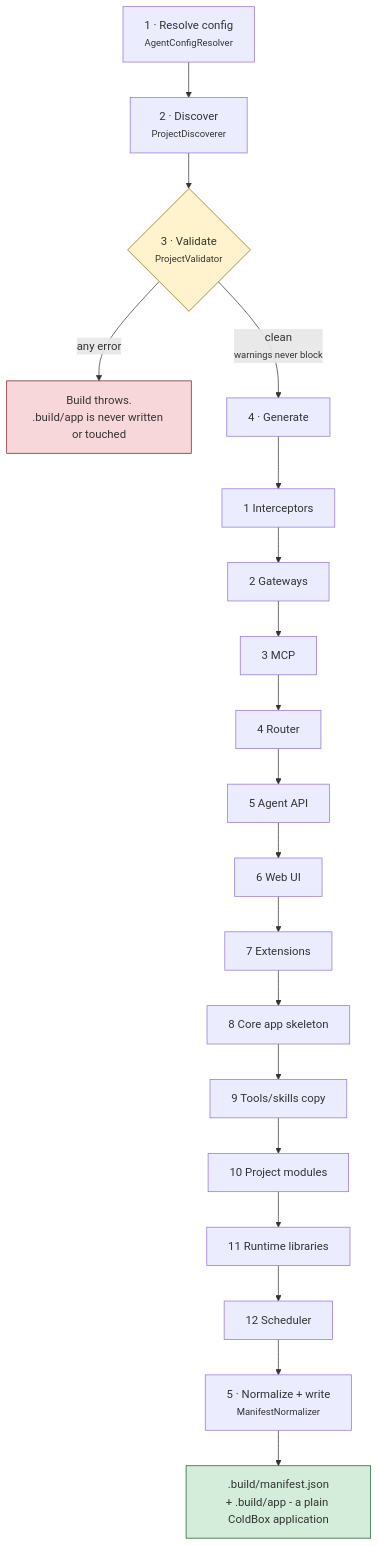
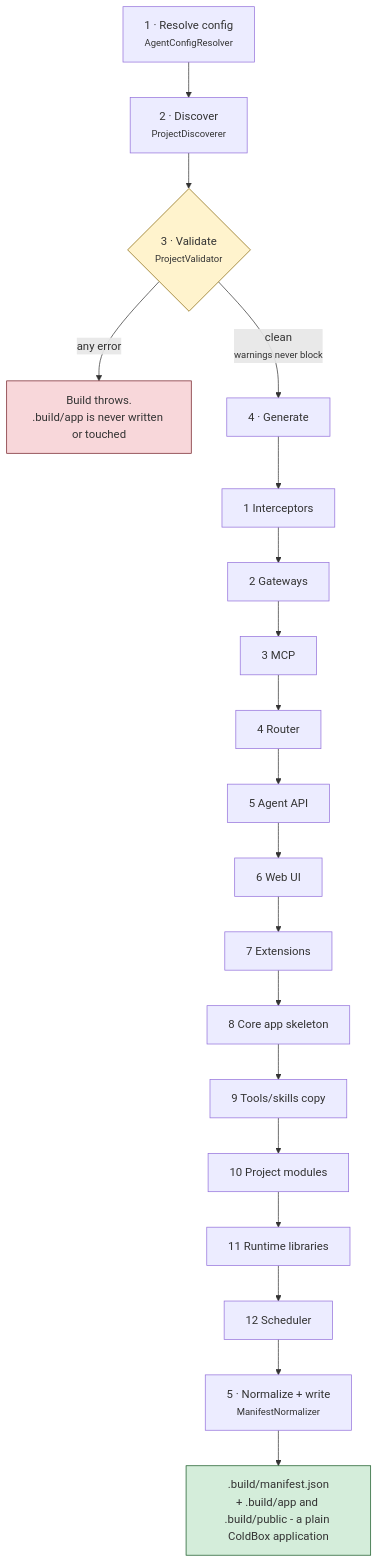
Before and after one commit to ortus-boxlang/bx-agents: the diagram in next/build-pipeline.md, drawn with Mermaid. The commit also changed other lines of this file and 247 other files, not shown here.

````diff
--- a/next/build-pipeline.md
+++ b/next/build-pipeline.md
@@ -13,16 +50,16 @@
 ```mermaid
 flowchart TD
     A["1 · Resolve config<br/><small>AgentConfigResolver</small>"] --> B["2 · Discover<br/><small>ProjectDiscoverer</small>"]
     B --> C{"3 · Validate<br/><small>ProjectValidator</small>"}
     C -->|"any error"| X["Build throws.<br/>.build/app is never written or touched"]
     C -->|"clean<br/><small>warnings never block</small>"| D["4 · Generate"]
     D --> D1["1 Interceptors"] --> D2["2 Gateways"] --> D3["3 MCP"] --> D4["4 Router"]
     D4 --> D5["5 Agent API"] --> D6["6 Web UI"] --> D7["7 Extensions"] --> D8["8 Core app skeleton"] --> D9["9 Tools/skills copy"]
     D9 --> D10["10 Project modules"] --> D11["11 Runtime libraries"] --> D12["12 Scheduler"]
     D12 --> E["5 · Normalize + write<br/><small>ManifestNormalizer</small>"]
-    E --> F[".build/manifest.json<br/>+ .build/app - a plain ColdBox application"]
+    E --> F[".build/manifest.json<br/>+ .build/app and .build/public - a plain ColdBox application"]
 
     style C fill:#fff3cd,stroke:#856404
     style X fill:#f8d7da,stroke:#721c24
     style F fill:#d4edda,stroke:#155724
 ```
````
